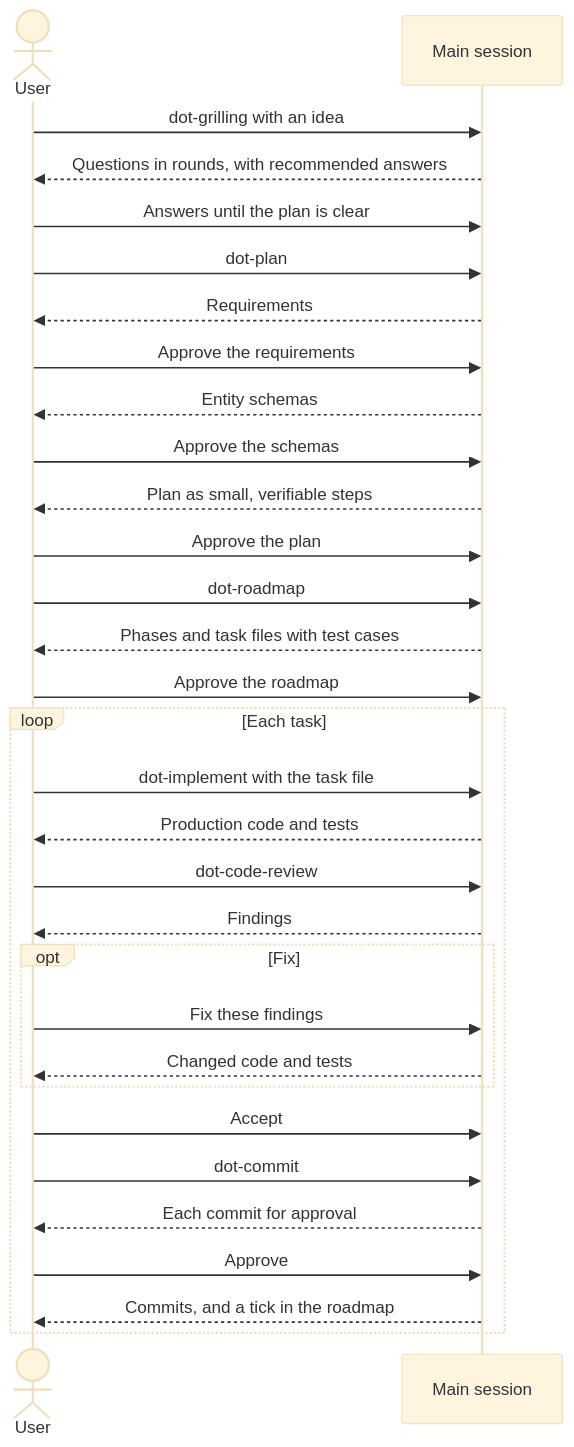
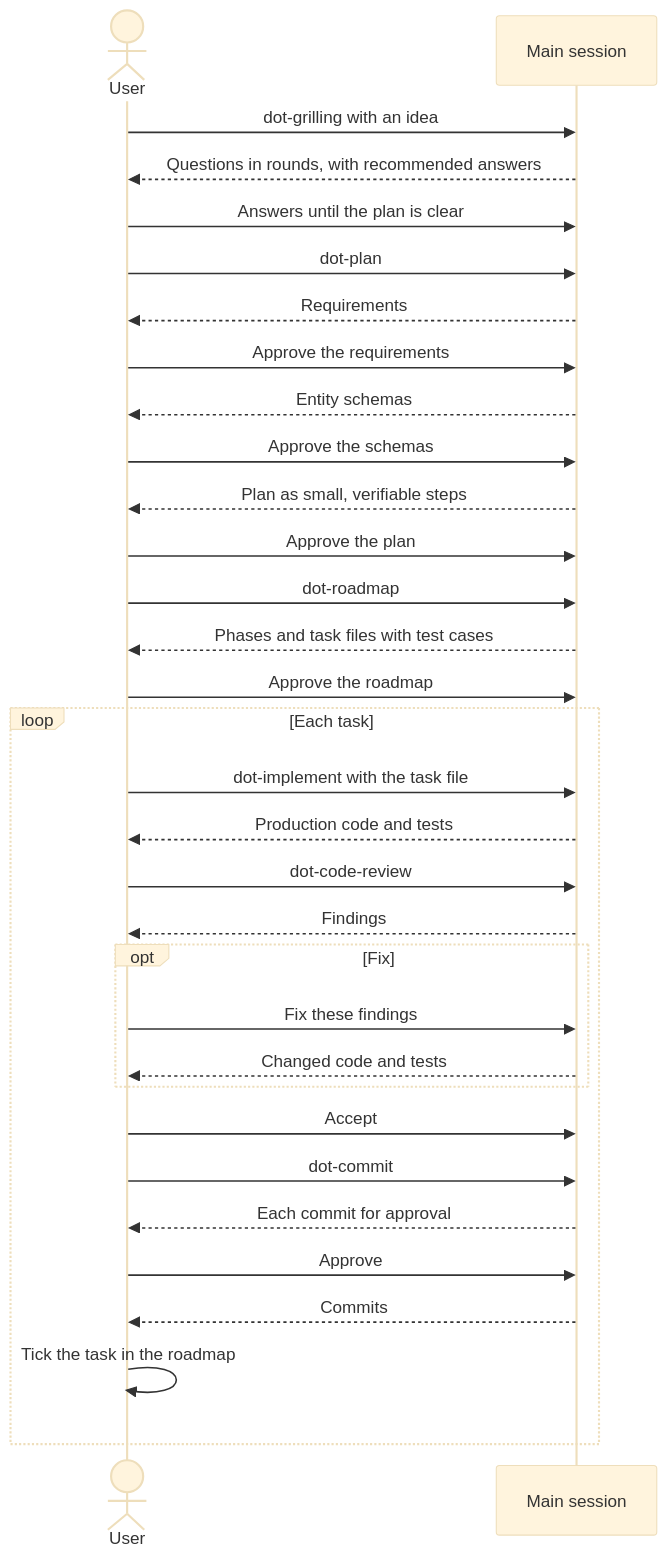
Before and after one commit to igorlau/dotagents: the diagram in README.md, drawn with Mermaid (base theme). The commit also changed other lines of this file and 26 other files, not shown here.

````diff
--- a/README.md
+++ b/README.md
@@ -85,33 +85,34 @@
 ```mermaid
 sequenceDiagram
     actor User
     participant Main as Main session
     User->>Main: dot-grilling with an idea
     Main-->>User: Questions in rounds, with recommended answers
     User->>Main: Answers until the plan is clear
     User->>Main: dot-plan
     Main-->>User: Requirements
     User->>Main: Approve the requirements
     Main-->>User: Entity schemas
     User->>Main: Approve the schemas
     Main-->>User: Plan as small, verifiable steps
     User->>Main: Approve the plan
     User->>Main: dot-roadmap
     Main-->>User: Phases and task files with test cases
     User->>Main: Approve the roadmap
     loop Each task
         User->>Main: dot-implement with the task file
         Main-->>User: Production code and tests
         User->>Main: dot-code-review
         Main-->>User: Findings
         opt Fix
             User->>Main: Fix these findings
             Main-->>User: Changed code and tests
         end
         User->>Main: Accept
         User->>Main: dot-commit
         Main-->>User: Each commit for approval
         User->>Main: Approve
-        Main-->>User: Commits, and a tick in the roadmap
+        Main-->>User: Commits
+        User->>User: Tick the task in the roadmap
     end
 ```
````
